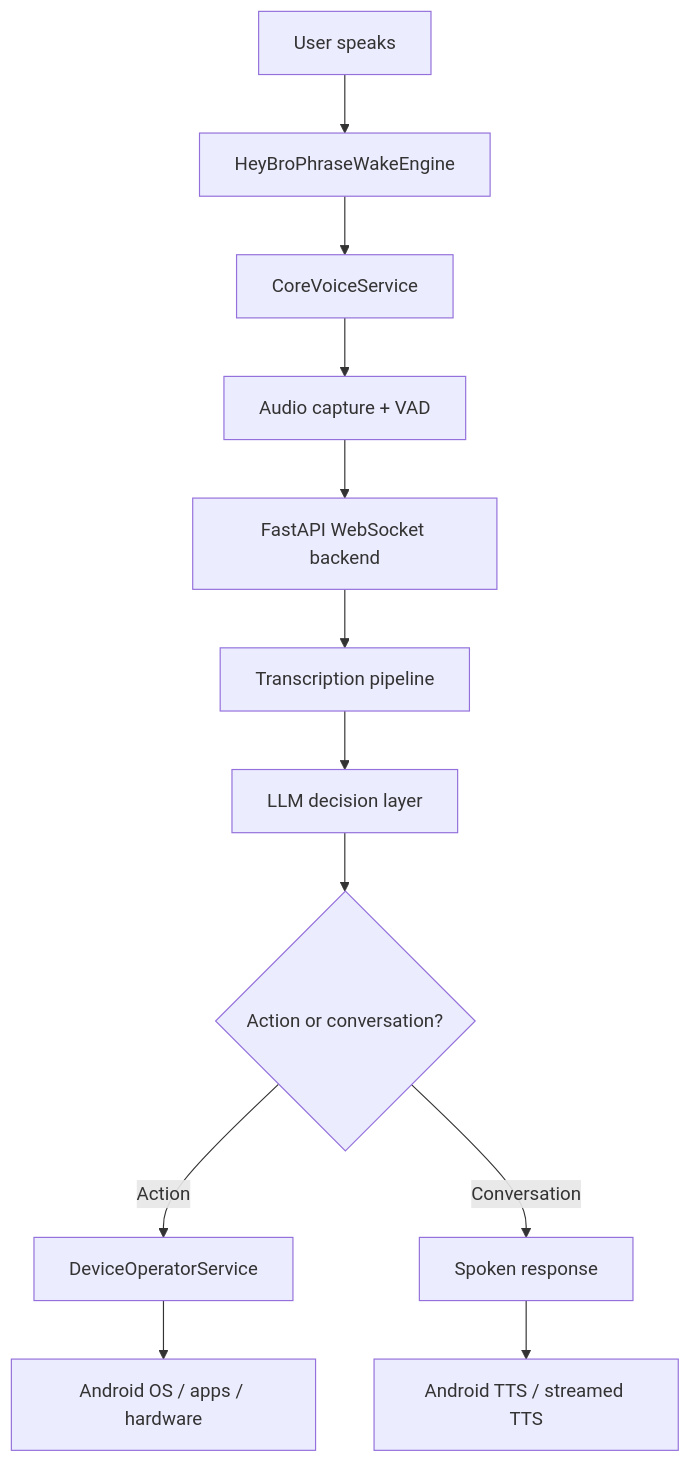
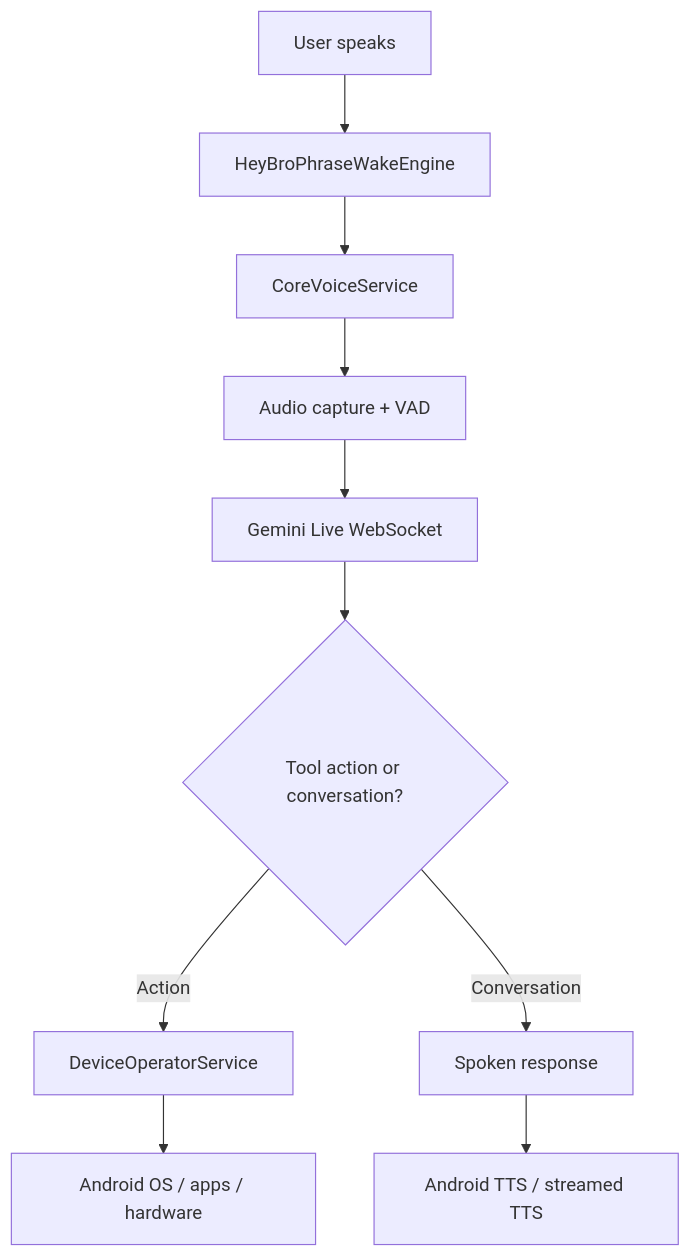
Before and after one commit to msagra/Hey_Bro: the diagram in README.md, drawn with Mermaid. The commit also changed other lines of this file and 19 other files, not shown here.

````diff
--- a/README.md
+++ b/README.md
@@ -136,14 +122,12 @@
 ```mermaid
 flowchart TD
     User[User speaks] --> Wake[HeyBroPhraseWakeEngine]
     Wake --> Service[CoreVoiceService]
     Service --> Audio[Audio capture + VAD]
-    Audio --> Backend[FastAPI WebSocket backend]
-    Backend --> STT[Transcription pipeline]
-    STT --> LLM[LLM decision layer]
-    LLM --> Action{Action or conversation?}
+    Audio --> Gemini[Gemini Live WebSocket]
+    Gemini --> Action{Tool action or conversation?}
     Action -->|Action| Device[DeviceOperatorService]
     Action -->|Conversation| Reply[Spoken response]
     Device --> OS[Android OS / apps / hardware]
     Reply --> TTS[Android TTS / streamed TTS]
 ```
````
